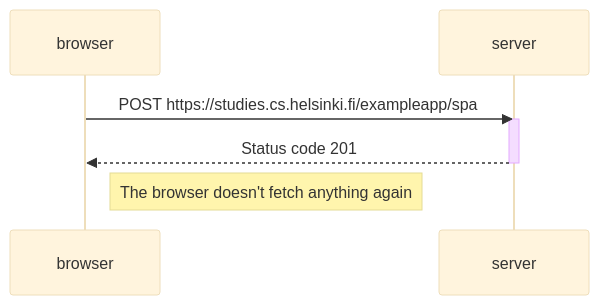
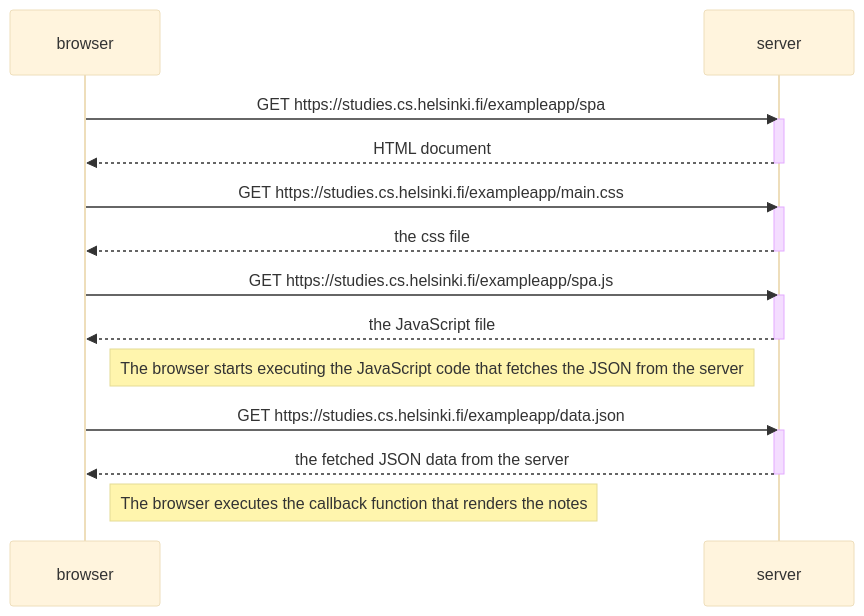
Before and after one commit to nila-4-96/fullstack-palautukset: the diagram in osa0/0-5.md, drawn with Mermaid (base theme). The commit also changed 2 other files, not shown here.

Commit message:
Tehtävä 0.4, 0.5, 0.6

````diff
--- a/osa0/0-5.md
+++ b/osa0/0-5.md
@@ -1,12 +1,29 @@
 ```mermaid
 sequenceDiagram
     participant browser 
     participant server
 
-    browser->>server: POST https://studies.cs.helsinki.fi/exampleapp/spa
+    browser->>server: GET https://studies.cs.helsinki.fi/exampleapp/spa
     activate server
-    server-->>browser: Status code 201
+    server-->>browser: HTML document
     deactivate server
 
-    Note right of browser: The browser doesn't fetch anything again
+    browser->>server: GET https://studies.cs.helsinki.fi/exampleapp/main.css
+    activate server
+    server-->>browser: the css file
+    deactivate server
+
+    browser->>server: GET https://studies.cs.helsinki.fi/exampleapp/spa.js
+    activate server
+    server-->>browser: the JavaScript file
+    deactivate server
+
+    Note right of browser: The browser starts executing the JavaScript code that fetches the JSON from the server
+
+    browser->>server: GET https://studies.cs.helsinki.fi/exampleapp/data.json
+    activate server
+    server-->>browser: the fetched JSON data from the server
+    deactivate server
+
+    Note right of browser: The browser executes the callback function that renders the notes 
 ```
````
